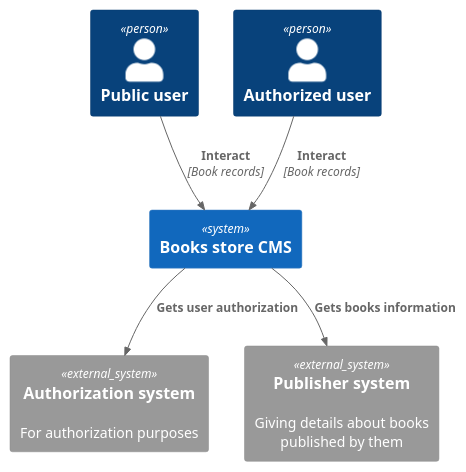
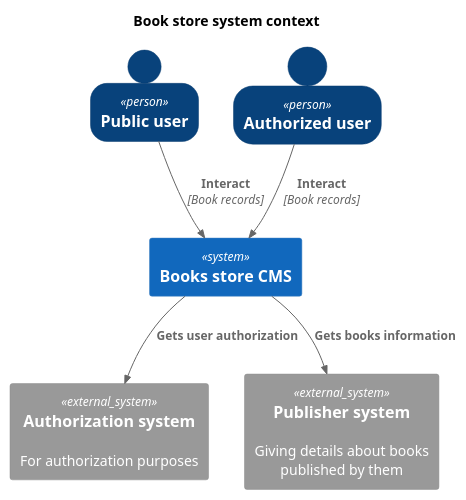
One commit to sonck201/nt-training changed the diagram in c4-models/src/diagrams/L1_Context.puml. Above: the diagram before and after it, drawn with PlantUML. The commit also changed 1 other file, not shown here.

Commit message:
Maintainance current diagrams

```diff
--- a/c4-models/src/diagrams/L1_Context.puml
+++ b/c4-models/src/diagrams/L1_Context.puml
@@ -1,18 +1,22 @@
 @startuml C4_L1_BooksStore
 !include https://raw.githubusercontent.com/plantuml-stdlib/C4-PlantUML/master/C4_Context.puml
+
+SHOW_PERSON_OUTLINE()
+
+title Book store system context
 
 Person(annonymous, "Public user")
 Person(user, "Authorized user")
 
 System(booksStore, "Books store CMS")
 
 System_Ext(authorization, "Authorization system", "For authorization purposes")
 System_Ext(publisher, "Publisher system", "Giving details about books published by them")
 
 Rel(annonymous, booksStore, "Interact", "Book records")
 Rel(user, booksStore, "Interact", "Book records")
 
 Rel(booksStore, authorization, "Gets user authorization")
 Rel(booksStore, publisher, "Gets books information")
 
 @enduml
```
